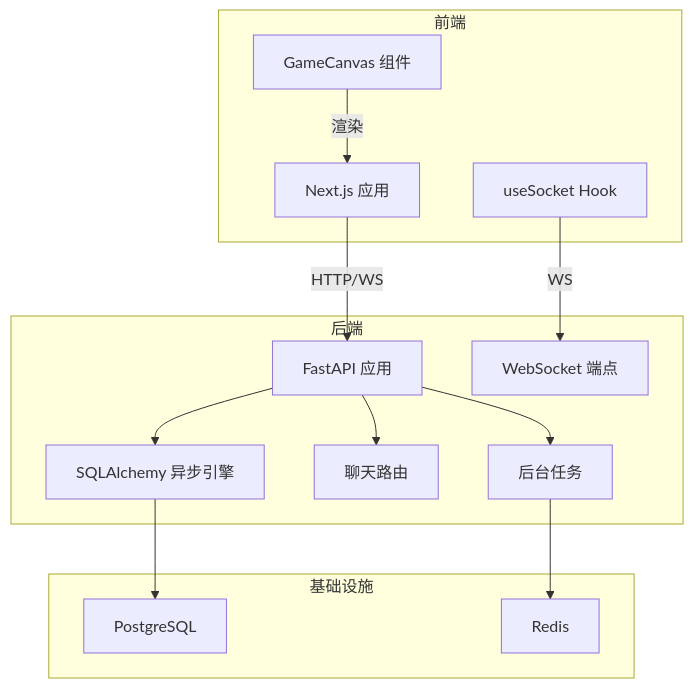
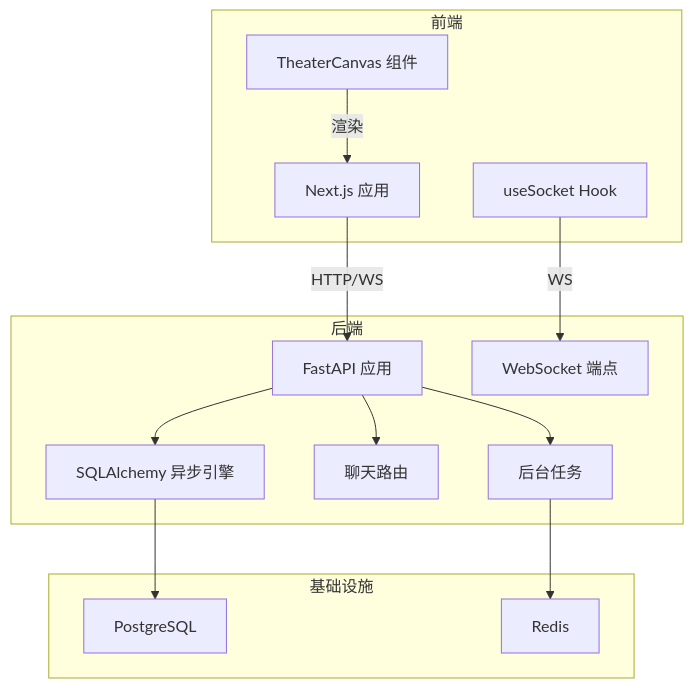
The first of 9 diagrams in .qoder/repowiki/zh/content/部署指南/性能优化/性能优化.md (KunLabAI/KunFlix), drawn with Mermaid before and after one commit. The commit also changed other lines of this file and 112 other files, not shown here.

````diff
--- a/.qoder/repowiki/zh/content/部署指南/性能优化/性能优化.md
+++ b/.qoder/repowiki/zh/content/部署指南/性能优化/性能优化.md
@@ -42,27 +42,27 @@
 ```mermaid
 graph TB
 subgraph "前端"
 FE_Next["Next.js 应用"]
-FE_Canvas["GameCanvas 组件"]
+FE_Canvas["TheaterCanvas 组件"]
 FE_Socket["useSocket Hook"]
 end
 subgraph "后端"
 BE_API["FastAPI 应用"]
 BE_DB["SQLAlchemy 异步引擎"]
 BE_WS["WebSocket 端点"]
 BE_Router["聊天路由"]
 BE_Tasks["后台任务"]
 end
 subgraph "基础设施"
 PG["PostgreSQL"]
 RD["Redis"]
 end
 FE_Next --> |"HTTP/WS"| BE_API
 FE_Socket --> |"WS"| BE_WS
 FE_Canvas --> |"渲染"| FE_Next
 BE_API --> BE_DB
 BE_API --> BE_Router
 BE_API --> BE_Tasks
 BE_DB --> PG
 BE_Tasks --> RD
 ```
````
